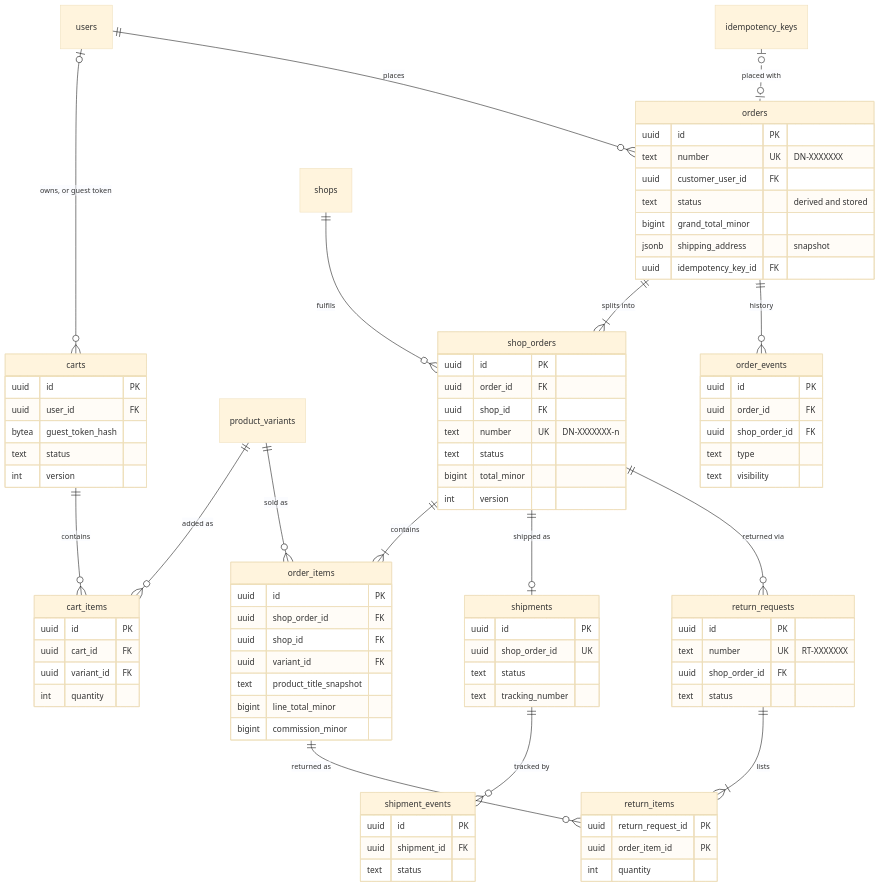
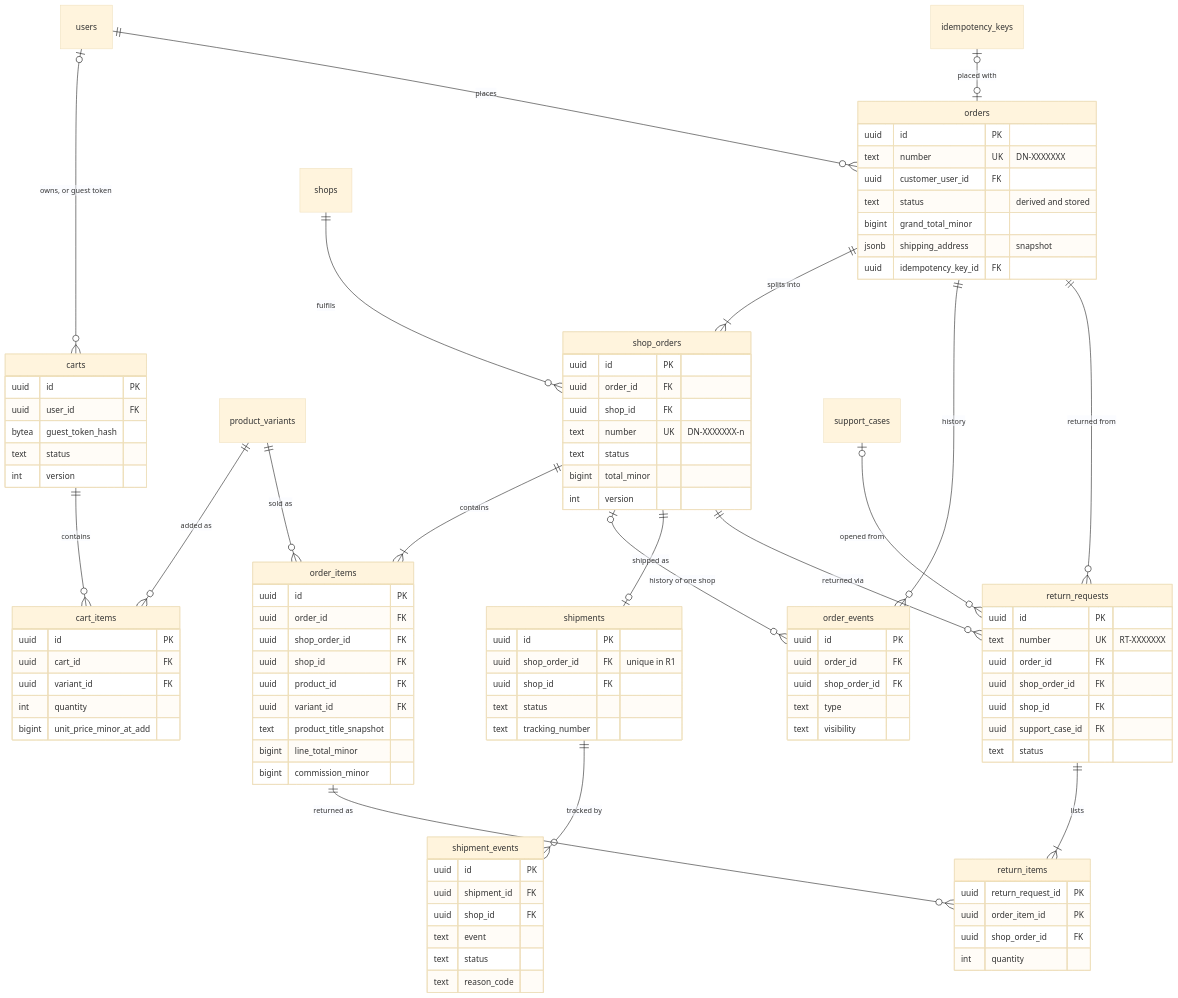
One commit to harublank0-0/drip-nepal changed the fourth of 8 diagrams in docs/04-domain-model-and-data-dictionary.md. Above: the diagram before and after it, drawn with Mermaid (base theme). The commit also changed other lines of this file, not shown here.

````diff
--- a/docs/04-domain-model-and-data-dictionary.md
+++ b/docs/04-domain-model-and-data-dictionary.md
@@ -789,12 +796,15 @@
   shop_orders ||--|{ order_items : "contains"
   product_variants ||--o{ order_items : "sold as"
   orders ||--o{ order_events : "history"
+  shop_orders |o--o{ order_events : "history of one shop"
   shop_orders ||--o| shipments : "shipped as"
   shipments ||--o{ shipment_events : "tracked by"
+  orders ||--o{ return_requests : "returned from"
   shop_orders ||--o{ return_requests : "returned via"
+  support_cases |o--o{ return_requests : "opened from"
   return_requests ||--|{ return_items : "lists"
   order_items ||--o{ return_items : "returned as"
-  idempotency_keys |o..o| orders : "placed with"
+  idempotency_keys |o--o| orders : "placed with"
   carts {
     uuid id PK
     uuid user_id FK
@@ -807,6 +817,7 @@
     uuid cart_id FK
     uuid variant_id FK
     int quantity
+    bigint unit_price_minor_at_add
   }
   orders {
     uuid id PK
@@ -828,8 +839,10 @@
   }
   order_items {
     uuid id PK
+    uuid order_id FK
     uuid shop_order_id FK
     uuid shop_id FK
+    uuid product_id FK
     uuid variant_id FK
     text product_title_snapshot
     bigint line_total_minor
@@ -844,24 +857,32 @@
   }
   shipments {
     uuid id PK
-    uuid shop_order_id UK
+    uuid shop_order_id FK "unique in R1"
+    uuid shop_id FK
     text status
     text tracking_number
   }
   shipment_events {
     uuid id PK
     uuid shipment_id FK
+    uuid shop_id FK
+    text event
     text status
+    text reason_code
   }
   return_requests {
     uuid id PK
     text number UK "RT-XXXXXXX"
+    uuid order_id FK
     uuid shop_order_id FK
+    uuid shop_id FK
+    uuid support_case_id FK
     text status
   }
   return_items {
     uuid return_request_id PK
     uuid order_item_id PK
+    uuid shop_order_id FK
     int quantity
   }
 ```
````
